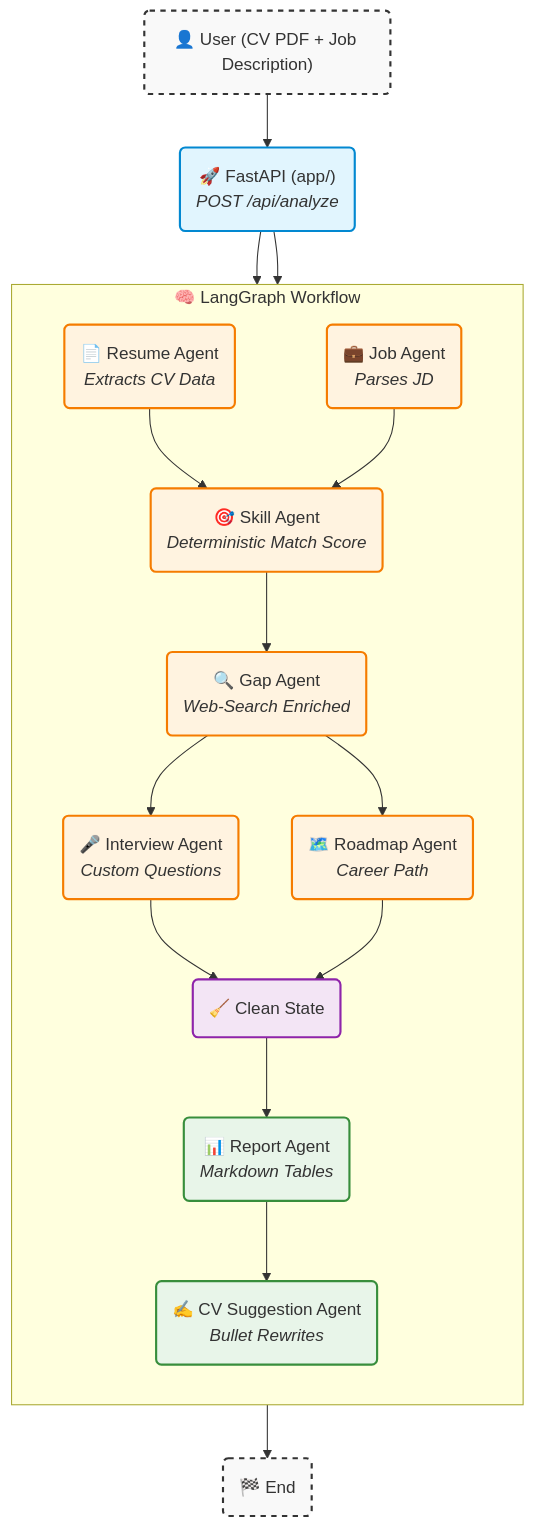
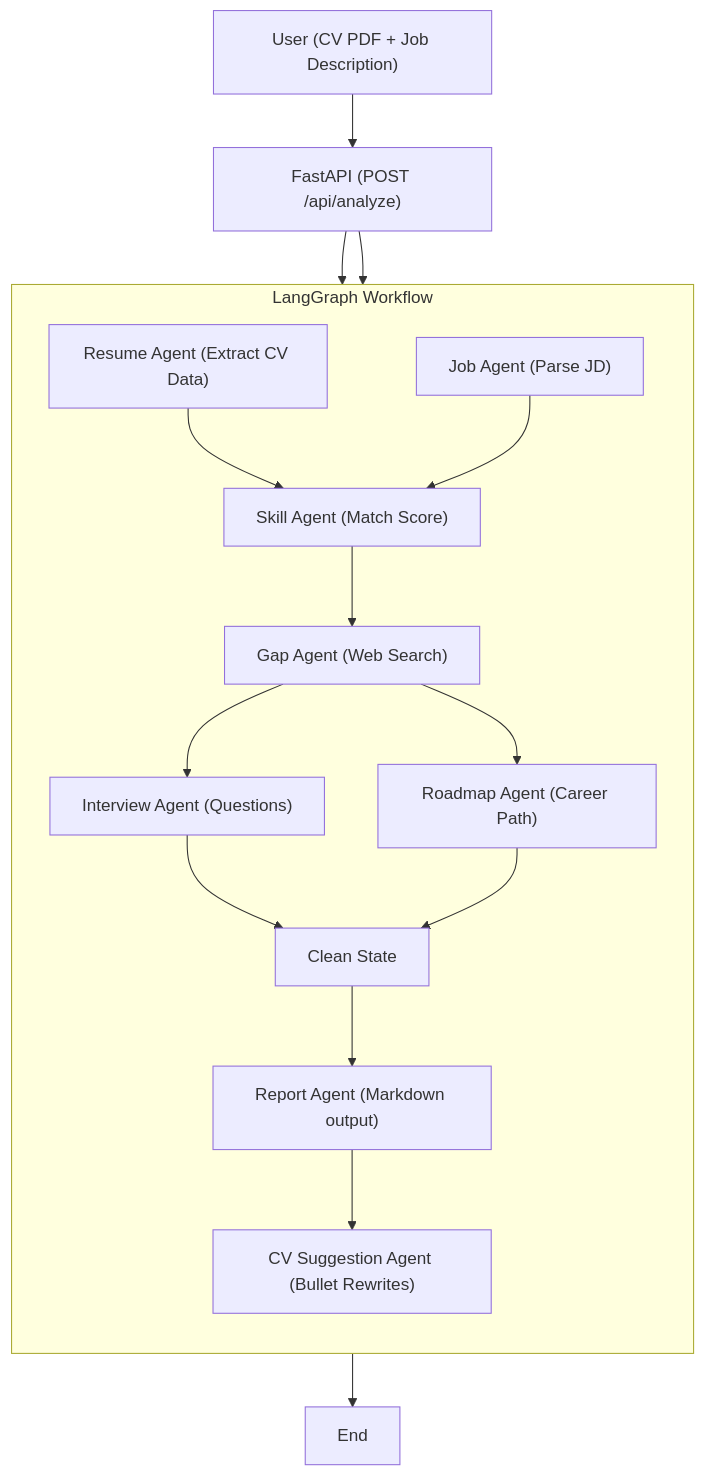
The diagram in README.md (M07ammd/CareerAI), drawn with Mermaid before and after one commit. The commit also changed other lines of this file, not shown here.

Commit message:
docs: remove AI tone and simplify architecture diagram

````diff
--- a/README.md
+++ b/README.md
@@ -9,49 +9,40 @@
 ```mermaid
 flowchart TD
-    %% Styling
-    classDef userInput fill:#f9f9f9,stroke:#333,stroke-width:2px,stroke-dasharray: 5 5,border-radius:8px
-    classDef apiLayer fill:#e1f5fe,stroke:#0288d1,stroke-width:2px,border-radius:8px
-    classDef orchestrator fill:#f3e5f5,stroke:#8e24aa,stroke-width:2px,border-radius:8px
-    classDef agent fill:#fff3e0,stroke:#f57c00,stroke-width:2px,border-radius:8px
-    classDef final fill:#e8f5e9,stroke:#388e3c,stroke-width:2px,border-radius:8px
-
-    %% Nodes
-    User("👤 User (CV PDF + Job Description)"):::userInput
-    API("🚀 FastAPI (app/)<br/><i>POST /api/analyze</i>"):::apiLayer
+    User["User (CV PDF + Job Description)"]
+    API["FastAPI (POST /api/analyze)"]
     
-    subgraph "🧠 LangGraph Workflow"
+    subgraph "LangGraph Workflow"
         direction TB
-        ResumeAgent("📄 Resume Agent<br/><i>Extracts CV Data</i>"):::agent
-        JobAgent("💼 Job Agent<br/><i>Parses JD</i>"):::agent
+        ResumeAgent["Resume Agent (Extract CV Data)"]
+        JobAgent["Job Agent (Parse JD)"]
         
-        SkillAgent("🎯 Skill Agent<br/><i>Deterministic Match Score</i>"):::agent
-        GapAgent("🔍 Gap Agent<br/><i>Web-Search Enriched</i>"):::agent
+        SkillAgent["Skill Agent (Match Score)"]
+        GapAgent["Gap Agent (Web Search)"]
         
-        InterviewAgent("🎤 Interview Agent<br/><i>Custom Questions</i>"):::agent
-        RoadmapAgent("🗺️ Roadmap Agent<br/><i>Career Path</i>"):::agent
+        InterviewAgent["Interview Agent (Questions)"]
+        RoadmapAgent["Roadmap Agent (Career Path)"]
         
-        CleanState("🧹 Clean State"):::orchestrator
-        ReportAgent("📊 Report Agent<br/><i>Markdown Tables</i>"):::final
-        CVSuggestionAgent("✍️ CV Suggestion Agent<br/><i>Bullet Rewrites</i>"):::final
+        CleanState["Clean State"]
+        ReportAgent["Report Agent (Markdown output)"]
+        CVSuggestionAgent["CV Suggestion Agent (Bullet Rewrites)"]
     end
     
-    End("🏁 End"):::userInput
+    End["End"]
 
-    %% Connections
     User --> API
     API --> ResumeAgent & JobAgent
     
     ResumeAgent --> SkillAgent
     JobAgent --> SkillAgent
     
     SkillAgent --> GapAgent
     
     GapAgent --> InterviewAgent & RoadmapAgent
     
     InterviewAgent --> CleanState
     RoadmapAgent --> CleanState
     
     CleanState --> ReportAgent
     ReportAgent --> CVSuggestionAgent
     CVSuggestionAgent --> End
 ```
````
